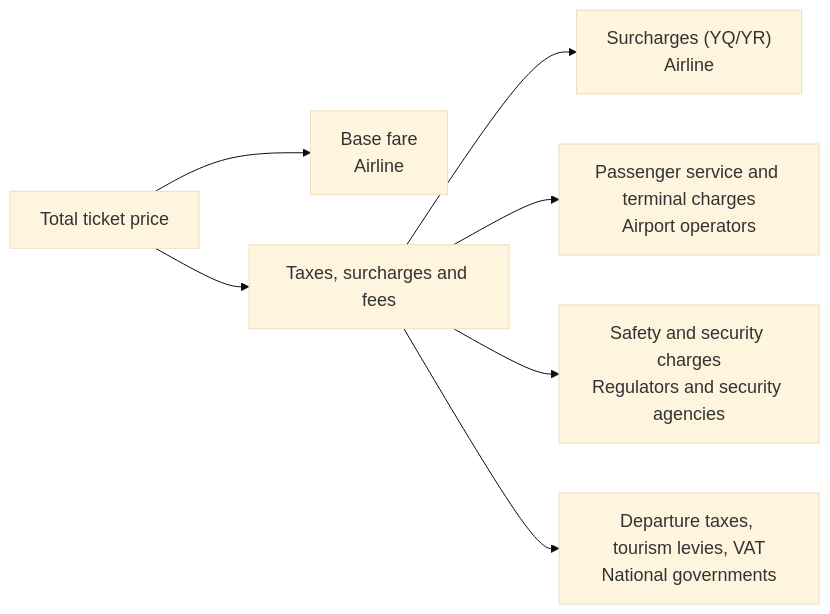
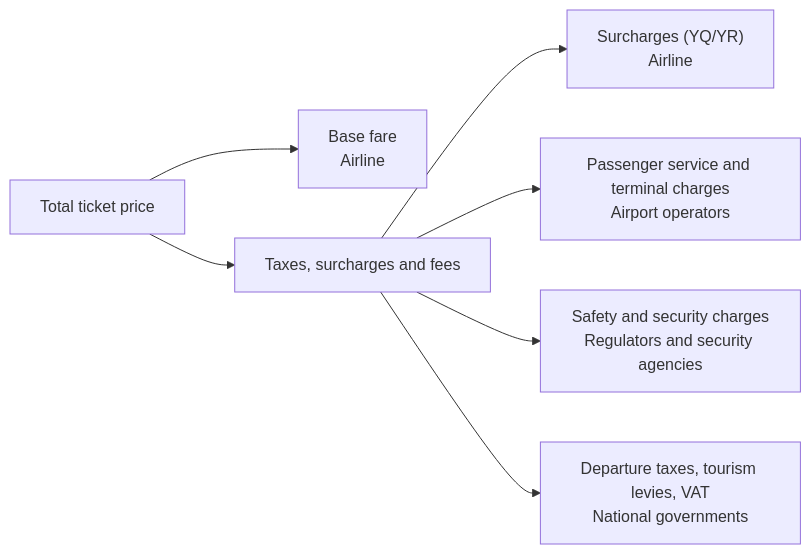
One commit to RDjarbeng/rdjarbeng.github.io changed the diagram in _posts/2026-11-08-why-are-flight-tickets-in-africa-so-expensive-who-gets-the-taxes-and-fees.md. Above: the diagram before and after it, drawn with Mermaid. The commit also changed 5 other files, not shown here.

Commit message:
Support dynamic theme switching for Mermaid diagrams and enhance dark mode contrast

````diff
--- a/_posts/2026-11-08-why-are-flight-tickets-in-africa-so-expensive-who-gets-the-taxes-and-fees.md
+++ b/_posts/2026-11-08-why-are-flight-tickets-in-africa-so-expensive-who-gets-the-taxes-and-fees.md
@@ -112,10 +112,9 @@
 ```mermaid
-%%{init: {'theme': 'base', 'themeVariables': { 'fontSize': '18px' }}}%%
 flowchart LR
     A["Total ticket price"] --> B["Base fare<br/>Airline"]
     A --> C["Taxes, surcharges and fees"]
     C --> D["Surcharges (YQ/YR)<br/>Airline"]
     C --> E["Passenger service and terminal charges<br/>Airport operators"]
     C --> F["Safety and security charges<br/>Regulators and security agencies"]
     C --> G["Departure taxes, tourism levies, VAT<br/>National governments"]
 ```
````
